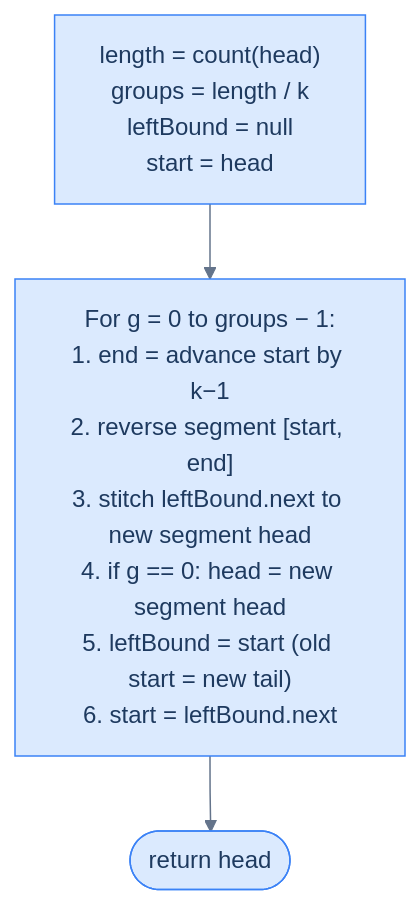
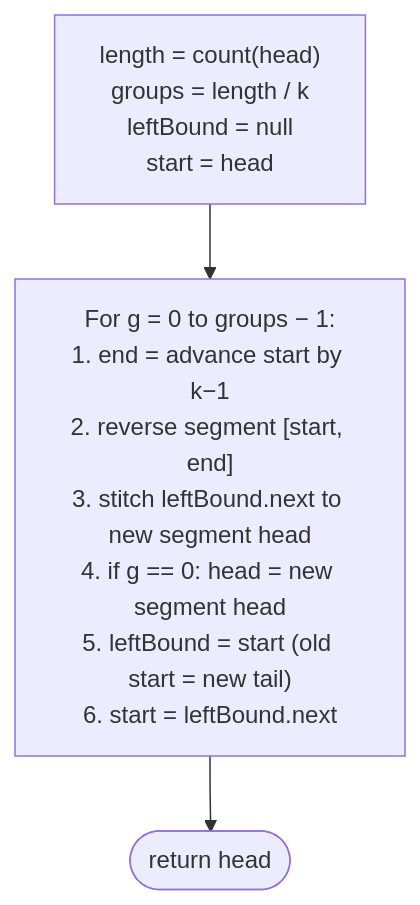
One commit to ani2fun/codefolio changed the second of 2 diagrams in content/cortex/data-structures-and-algorithms/02-linear-structures/03-singly-linked-list/07-pattern-reversal-subproblem.md. Above: the diagram before and after it, drawn with Mermaid. The commit also changed 6 other files, not shown here.

First line of the commit message:
dsa: drop Mermaid themeVariables overrides across all linked-list chapters (ADR-0015)

````diff
--- a/content/cortex/data-structures-and-algorithms/02-linear-structures/03-singly-linked-list/07-pattern-reversal-subproblem.md
+++ b/content/cortex/data-structures-and-algorithms/02-linear-structures/03-singly-linked-list/07-pattern-reversal-subproblem.md
@@ -211,18 +211,7 @@
 ```mermaid
----
-config:
-  theme: base
-  themeVariables:
-    primaryColor: "#dbeafe"
-    primaryBorderColor: "#3b82f6"
-    primaryTextColor: "#1e3a5f"
-    lineColor: "#64748b"
-    secondaryColor: "#ede9fe"
-    tertiaryColor: "#fef9c3"
----
 flowchart TB
     INIT["length = count(head)<br/>groups = length / k<br/>leftBound = null<br/>start = head"]
     LOOP["For g = 0 to groups − 1:<br/>1. end = advance start by k−1<br/>2. reverse segment [start, end]<br/>3. stitch leftBound.next to new segment head<br/>4. if g == 0: head = new segment head<br/>5. leftBound = start (old start = new tail)<br/>6. start = leftBound.next"]
     END(["return head"])
     INIT --> LOOP --> END
 ```
````
